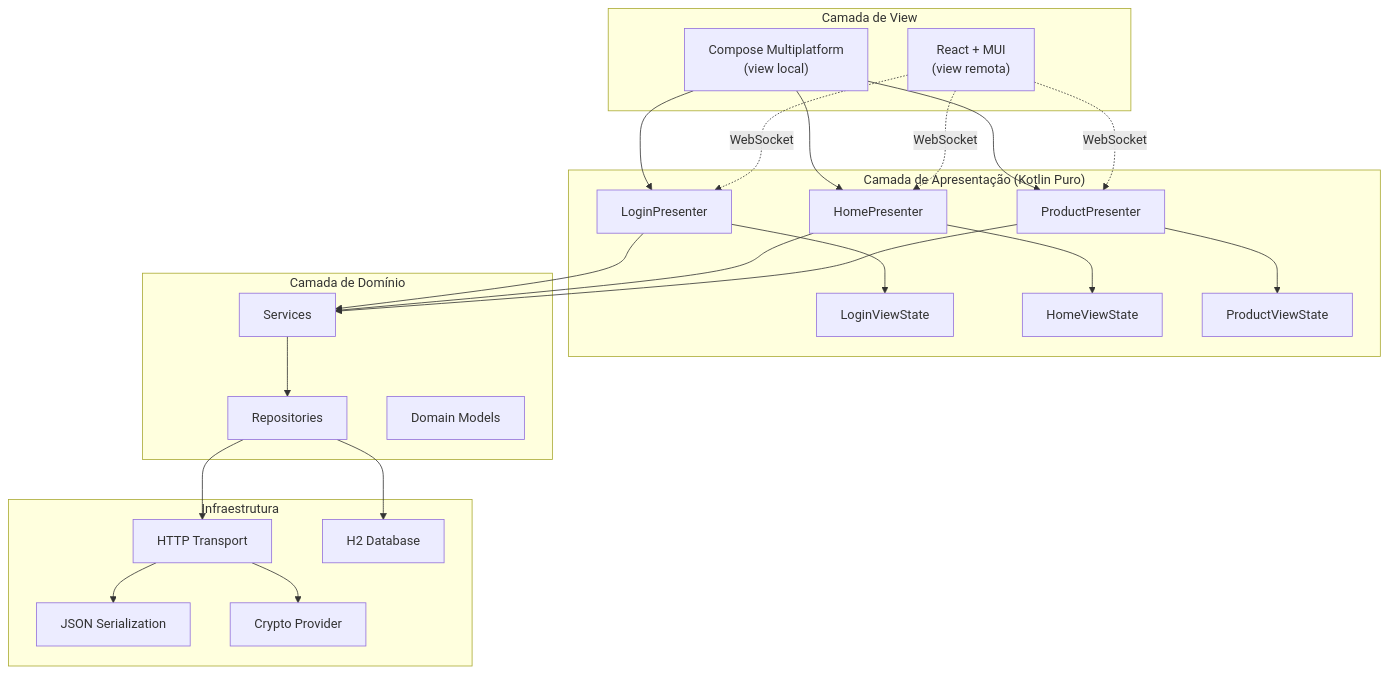
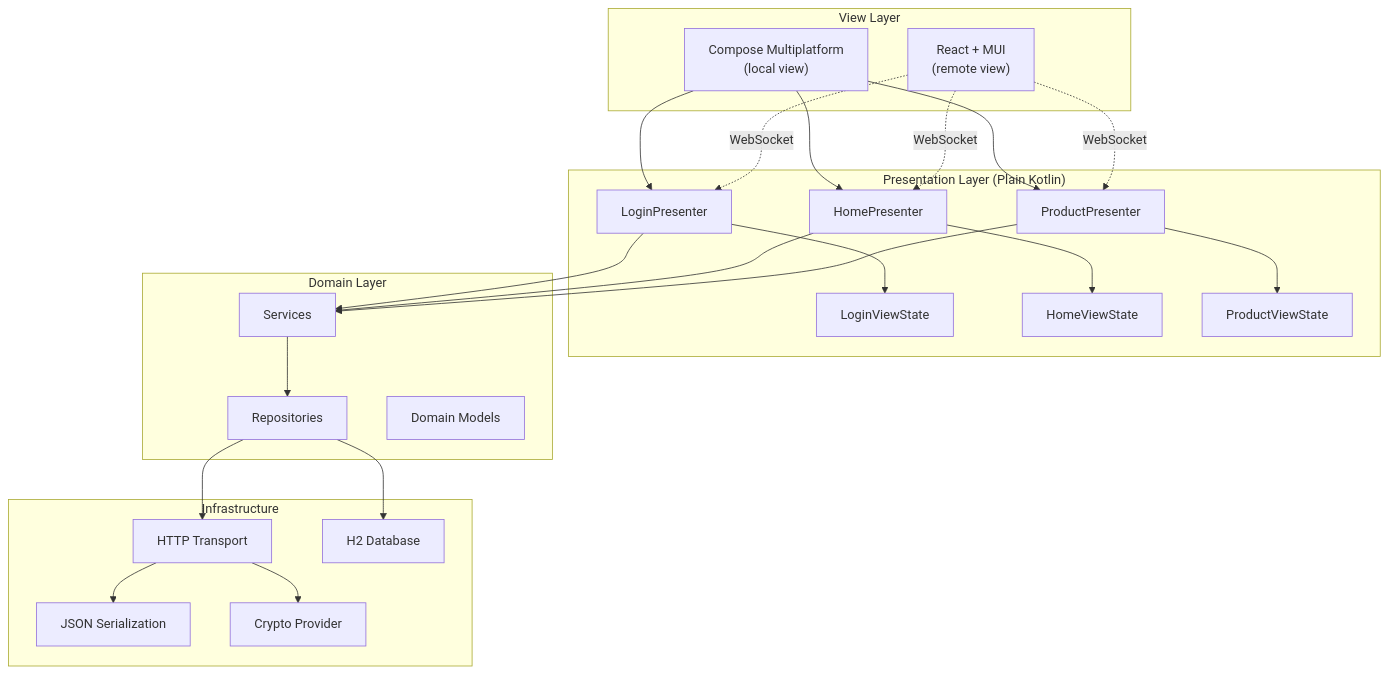
One commit to mrcdom/wdc-cube-kotlin changed the first of 10 diagrams in docs/architecture.md. Above: the diagram before and after it, drawn with Mermaid. The commit also changed other lines of this file and 10 other files, not shown here.

First line of the commit message:
docs: architecture docs and top-level READMEs in US English

````diff
--- a/docs/architecture.md
+++ b/docs/architecture.md
@@ -53,47 +53,47 @@
 ```mermaid
 graph TB
-    subgraph "Camada de View"
-        CV["Compose Multiplatform<br/>(view local)"]
-        RV["React + MUI<br/>(view remota)"]
+    subgraph "View Layer"
+        CV["Compose Multiplatform<br/>(local view)"]
+        RV["React + MUI<br/>(remote view)"]
     end
 
-    subgraph "Camada de Apresentação (Kotlin Puro)"
+    subgraph "Presentation Layer (Plain Kotlin)"
         LP[LoginPresenter]
         HP[HomePresenter]
         PP[ProductPresenter]
         LS[LoginViewState]
         HS[HomeViewState]
         PS[ProductViewState]
     end
 
-    subgraph "Camada de Domínio"
+    subgraph "Domain Layer"
         SVC[Services]
         REPO[Repositories]
         MODEL[Domain Models]
     end
 
-    subgraph "Infraestrutura"
+    subgraph "Infrastructure"
         HTTP[HTTP Transport]
         JSON[JSON Serialization]
         CRYPTO[Crypto Provider]
         DB[H2 Database]
     end
 
     CV --> LP
     CV --> HP
     CV --> PP
     RV -.->|WebSocket| LP
     RV -.->|WebSocket| HP
     RV -.->|WebSocket| PP
     LP --> LS
     HP --> HS
     PP --> PS
     LP --> SVC
     HP --> SVC
     PP --> SVC
     SVC --> REPO
     REPO --> HTTP
     HTTP --> JSON
     HTTP --> CRYPTO
     REPO --> DB
 ```
````
